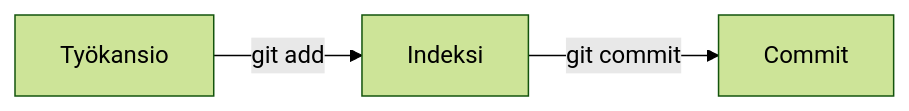
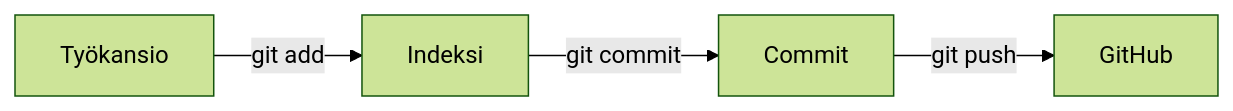
The first of 2 diagrams in README.md (ship-it-580/GitandGithub), drawn with Mermaid (forest theme) before and after one commit. The commit also changed other lines of this file, not shown here.

````diff
--- a/README.md
+++ b/README.md
@@ -17,5 +17,6 @@
 ```mermaid
   graph LR
   Työkansio --> |git add| Indeksi
   Indeksi --> |git commit| Commit
+  Commit --> |git push| GitHub
  ```
````
